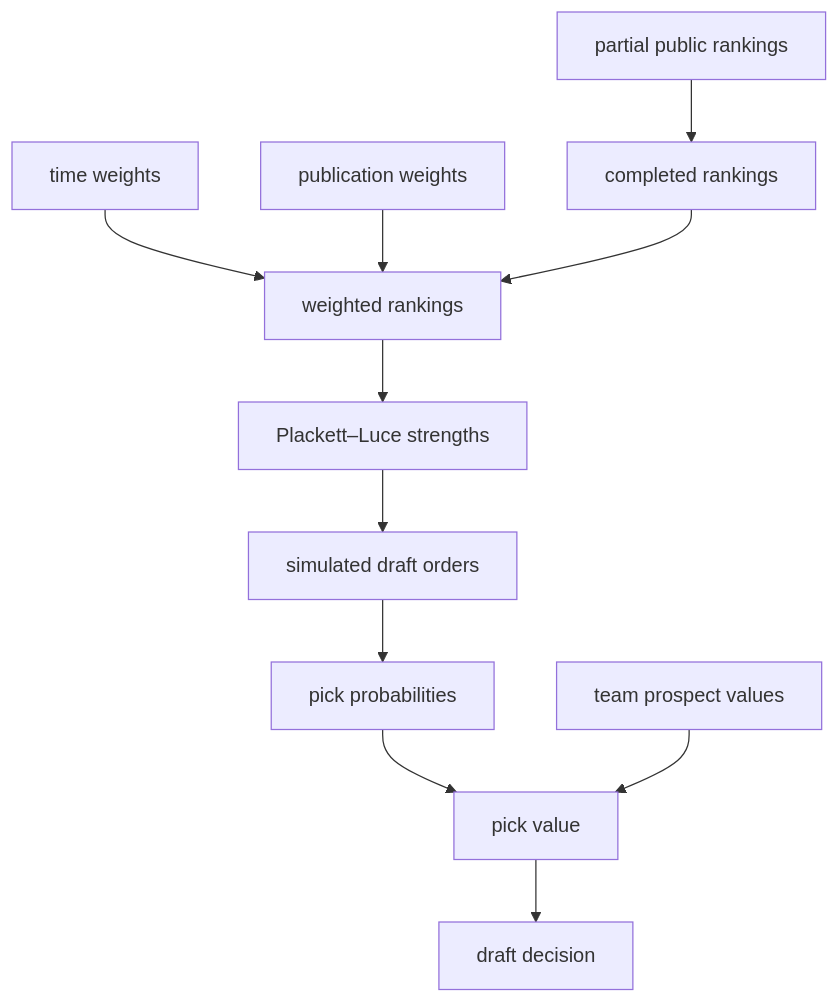
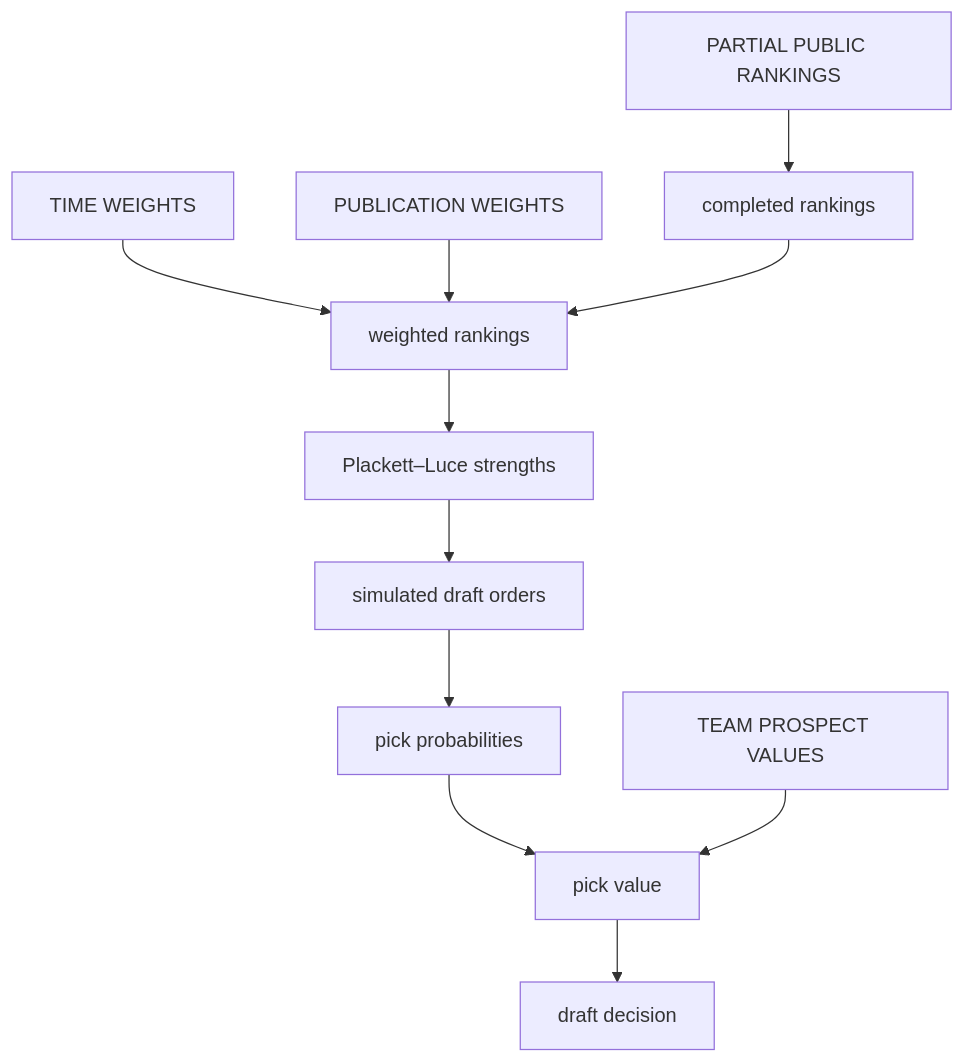
One commit to spazznolo/spazznolo.github.io changed the diagram in research/nhl-pick-probability/index.qmd. Above: the diagram before and after it, drawn with Mermaid.

Commit message:
Capitalize pick map inputs

````diff
--- a/research/nhl-pick-probability/index.qmd
+++ b/research/nhl-pick-probability/index.qmd
@@ -106,15 +106,15 @@
 ```{mermaid}
 flowchart TB
-  rankings["partial public rankings"] --> complete["completed rankings"]
-  time["time weights"] --> weighted["weighted rankings"]
-  publication["publication weights"] --> weighted
+  rankings["PARTIAL PUBLIC RANKINGS"] --> complete["completed rankings"]
+  time["TIME WEIGHTS"] --> weighted["weighted rankings"]
+  publication["PUBLICATION WEIGHTS"] --> weighted
   complete --> weighted
   weighted --> strengths["Plackett–Luce strengths"]
   strengths --> drafts["simulated draft orders"]
   drafts --> probabilities["pick probabilities"]
   probabilities --> pickvalue["pick value"]
-  team["team prospect values"] --> pickvalue
+  team["TEAM PROSPECT VALUES"] --> pickvalue
   pickvalue --> decision["draft decision"]
 
   class rankings,time,publication,team phase
 ```
````
